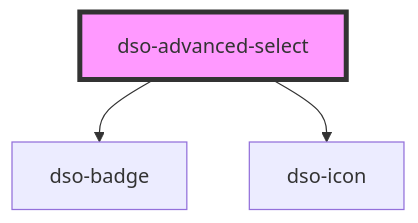
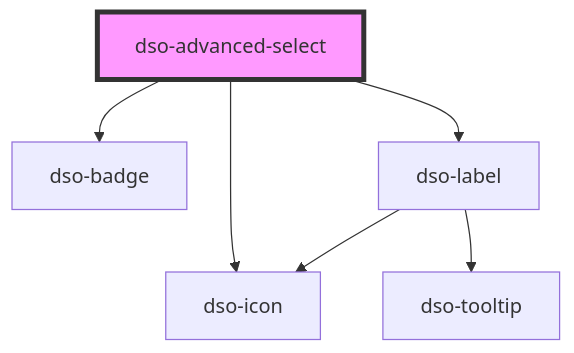
The diagram in packages/core/src/components/advanced-select/readme.md (dso-toolkit/dso-toolkit), drawn with Mermaid before and after one commit. The commit also changed other lines of this file and 8 other files, not shown here.

Commit message:
#2620 [Added] Advanced Select: Geselecteerd item prefixen met symbool van de groep

````diff
--- a/packages/core/src/components/advanced-select/readme.md
+++ b/packages/core/src/components/advanced-select/readme.md
@@ -33,6 +34,9 @@
 ```mermaid
 graph TD;
   dso-advanced-select --> dso-badge
   dso-advanced-select --> dso-icon
+  dso-advanced-select --> dso-label
+  dso-label --> dso-icon
+  dso-label --> dso-tooltip
   style dso-advanced-select fill:#f9f,stroke:#333,stroke-width:4px
 ```
````
